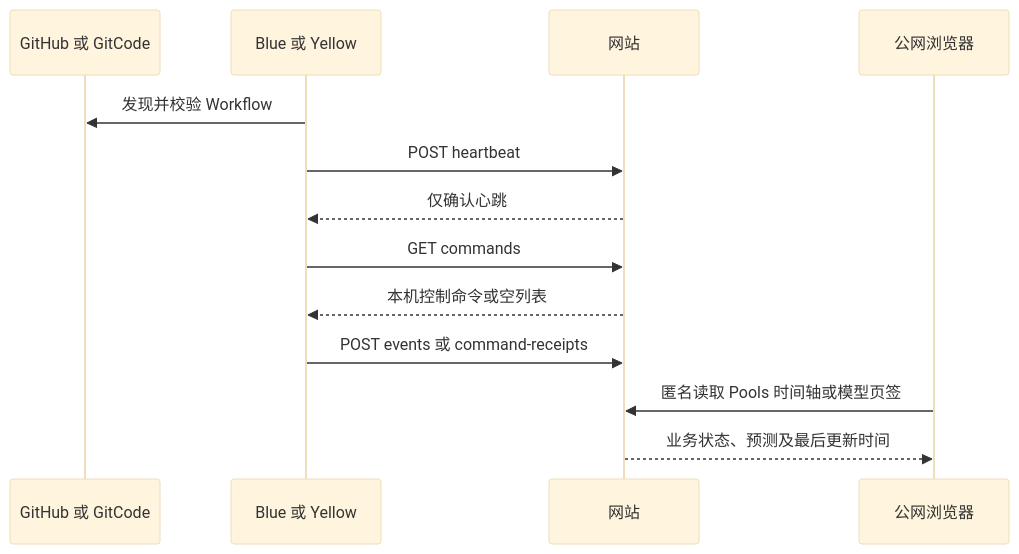
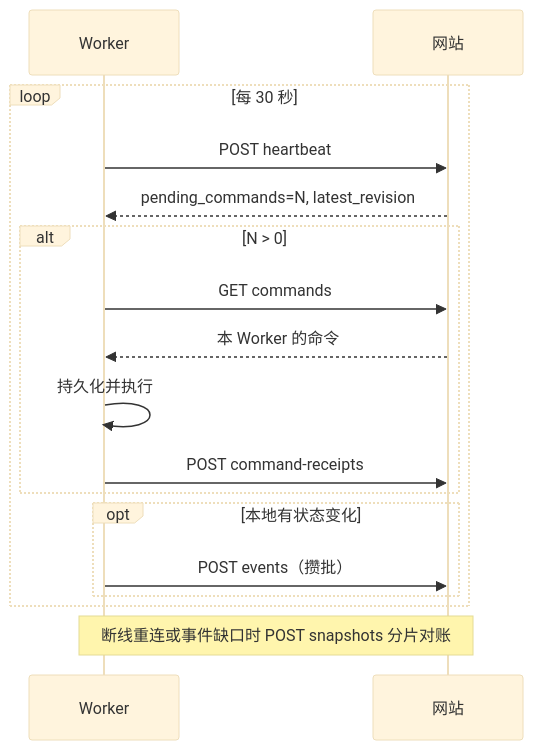
The third of 9 diagrams in control-center/docs/PRD.md (depeng1994/lite-actions), drawn with Mermaid (base theme) before and after one commit. The commit also changed other lines of this file and 1 other file, not shown here.

````diff
--- a/control-center/docs/PRD.md
+++ b/control-center/docs/PRD.md
@@ -43,15 +129,19 @@
 ```mermaid
 sequenceDiagram
-    participant P as GitHub 或 GitCode
-    participant W as Blue 或 Yellow
+    participant W as Worker
     participant S as 网站
-    participant B as 公网浏览器
-    W->>P: 发现并校验 Workflow
-    W->>S: POST heartbeat
-    S-->>W: 仅确认心跳
-    W->>S: GET commands
-    S-->>W: 本机控制命令或空列表
-    W->>S: POST events 或 command-receipts
-    B->>S: 匿名读取 Pools 时间轴或模型页签
-    S-->>B: 业务状态、预测及最后更新时间
+    loop 每 30 秒
+        W->>S: POST heartbeat
+        S-->>W: pending_commands=N, latest_revision
+        alt N > 0
+            W->>S: GET commands
+            S-->>W: 本 Worker 的命令
+            W->>W: 持久化并执行
+            W->>S: POST command-receipts
+        end
+        opt 本地有状态变化
+            W->>S: POST events（攒批）
+        end
+    end
+    Note over W,S: 断线重连或事件缺口时 POST snapshots 分片对账
 ```
````
